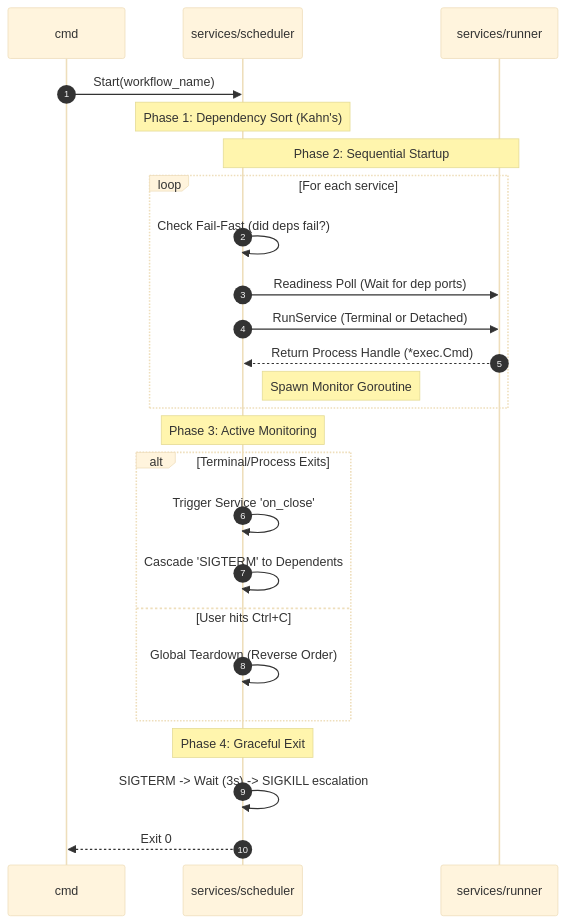
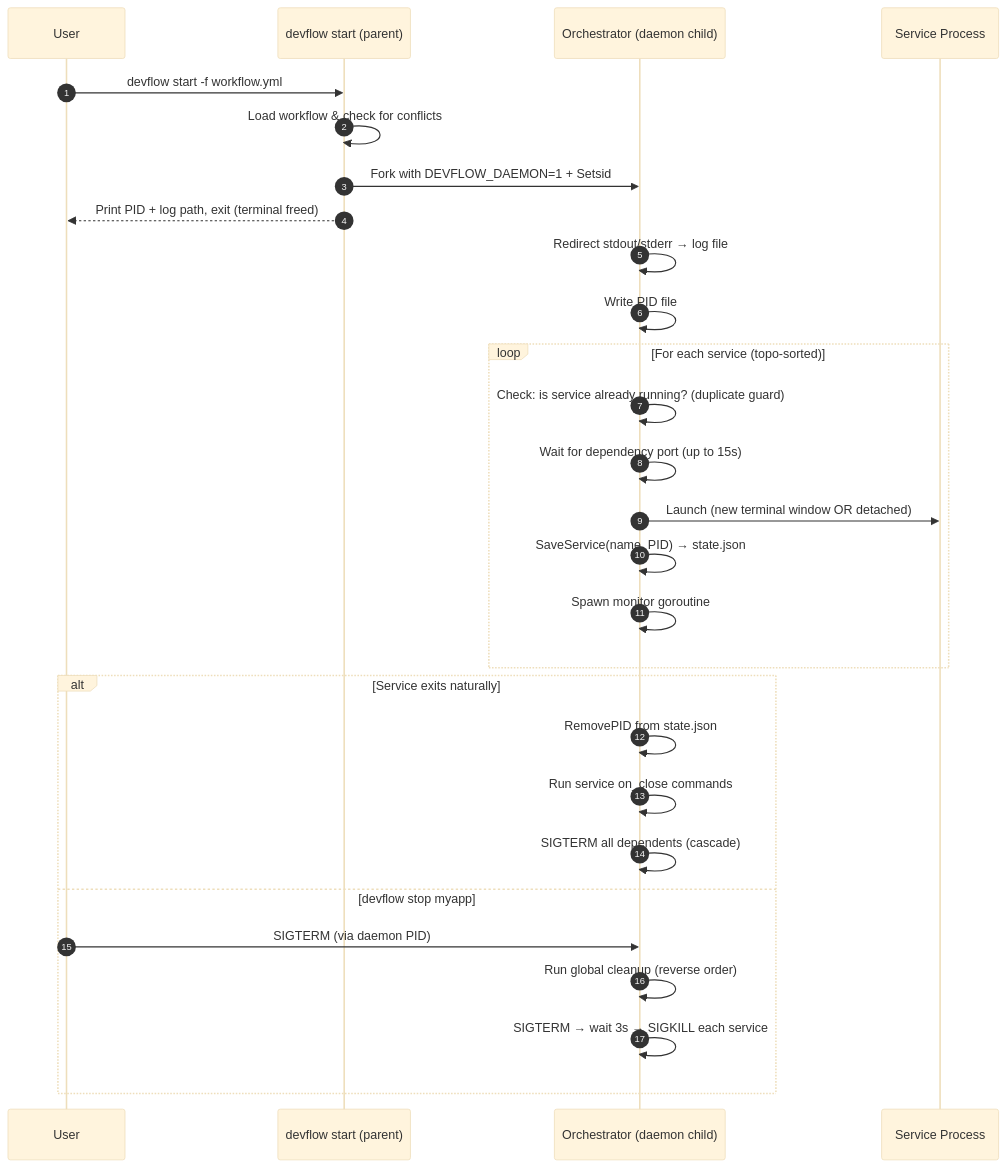
One commit to anandyadav3559/devflow changed the diagram in README.md. Above: the diagram before and after it, drawn with Mermaid (base theme). The commit also changed other lines of this file and 17 other files, not shown here.

Commit message:
everything set minot bug fixes and active stop and other services created with service level contro

````diff
--- a/README.md
+++ b/README.md
@@ -77,33 +315,34 @@
 ```mermaid
 sequenceDiagram
     autonumber
-    participant CLI as cmd
-    participant Scheduler as services/scheduler
-    participant Runner as services/runner
-    
-    CLI->>Scheduler: Start(workflow_name)
-    
-    Note over Scheduler: Phase 1: Dependency Sort (Kahn's)
-    
-    Note over Scheduler,Runner: Phase 2: Sequential Startup
-    loop For each service
-        Scheduler->>Scheduler: Check Fail-Fast (did deps fail?)
-        Scheduler->>Runner: Readiness Poll (Wait for dep ports)
-        Scheduler->>Runner: RunService (Terminal or Detached)
-        Runner-->>Scheduler: Return Process Handle (*exec.Cmd)
-        
-        Note right of Scheduler: Spawn Monitor Goroutine
+    participant User
+    participant Parent as devflow start (parent)
+    participant Daemon as Orchestrator (daemon child)
+    participant Service as Service Process
+
+    User->>Parent: devflow start -f workflow.yml
+    Parent->>Parent: Load workflow & check for conflicts
+    Parent->>Daemon: Fork with DEVFLOW_DAEMON=1 + Setsid
+    Parent-->>User: Print PID + log path, exit (terminal freed)
+
+    Daemon->>Daemon: Redirect stdout/stderr → log file
+    Daemon->>Daemon: Write PID file
+
+    loop For each service (topo-sorted)
+        Daemon->>Daemon: Check: is service already running? (duplicate guard)
+        Daemon->>Daemon: Wait for dependency port (up to 15s)
+        Daemon->>Service: Launch (new terminal window OR detached)
+        Daemon->>Daemon: SaveService(name, PID) → state.json
+        Daemon->>Daemon: Spawn monitor goroutine
     end
 
-    Note over Scheduler: Phase 3: Active Monitoring
-    alt Terminal/Process Exits
-        Scheduler->>Scheduler: Trigger Service 'on_close'
-        Scheduler->>Scheduler: Cascade 'SIGTERM' to Dependents
-    else User hits Ctrl+C
-        Scheduler->>Scheduler: Global Teardown (Reverse Order)
+    alt Service exits naturally
+        Daemon->>Daemon: RemovePID from state.json
+        Daemon->>Daemon: Run service on_close commands
+        Daemon->>Daemon: SIGTERM all dependents (cascade)
+    else devflow stop myapp
+        User->>Daemon: SIGTERM (via daemon PID)
+        Daemon->>Daemon: Run global cleanup (reverse order)
+        Daemon->>Daemon: SIGTERM → wait 3s → SIGKILL each service
     end
-    
-    Note over Scheduler: Phase 4: Graceful Exit
-    Scheduler->>Scheduler: SIGTERM -> Wait (3s) -> SIGKILL escalation
-    Scheduler-->>CLI: Exit 0
 ```
````
